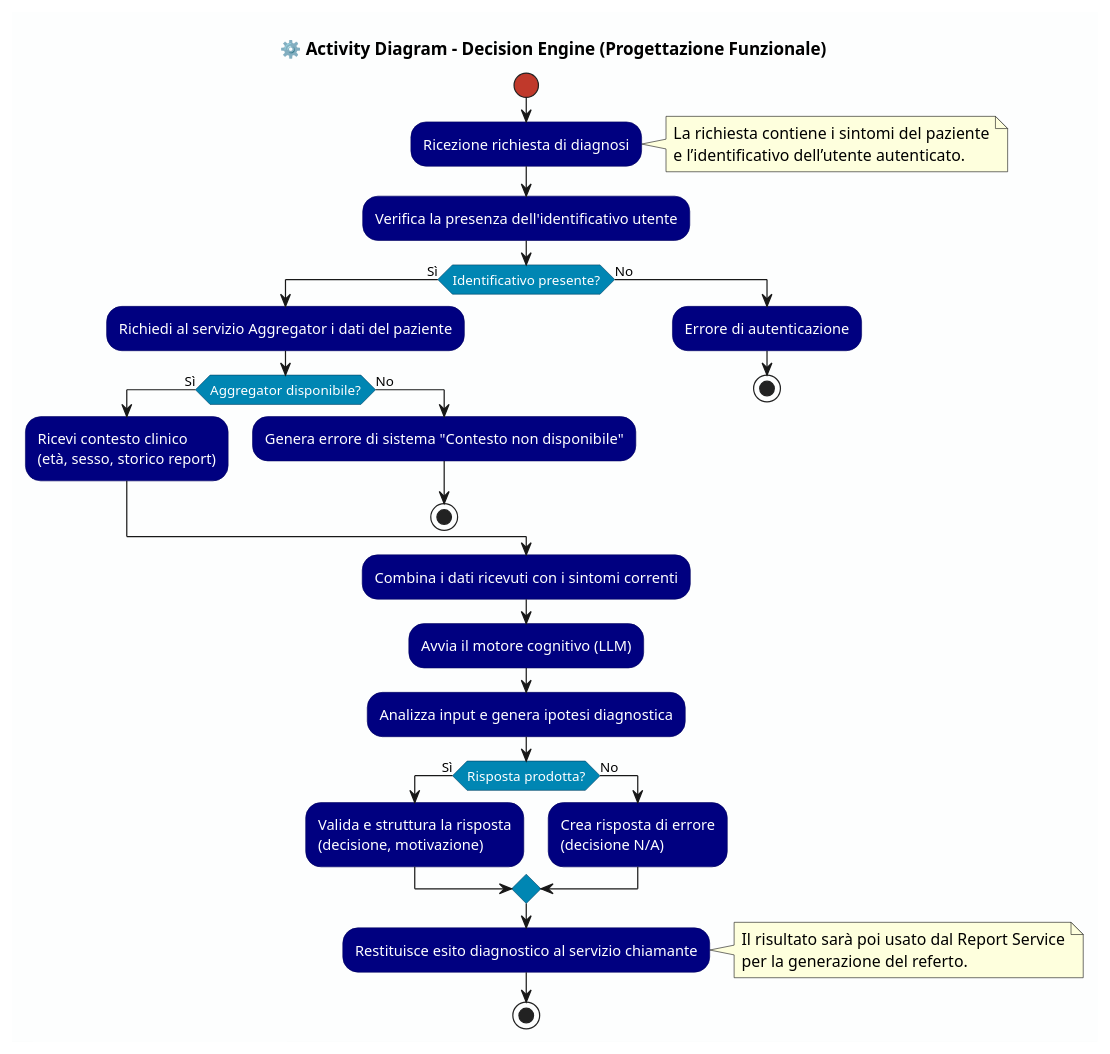
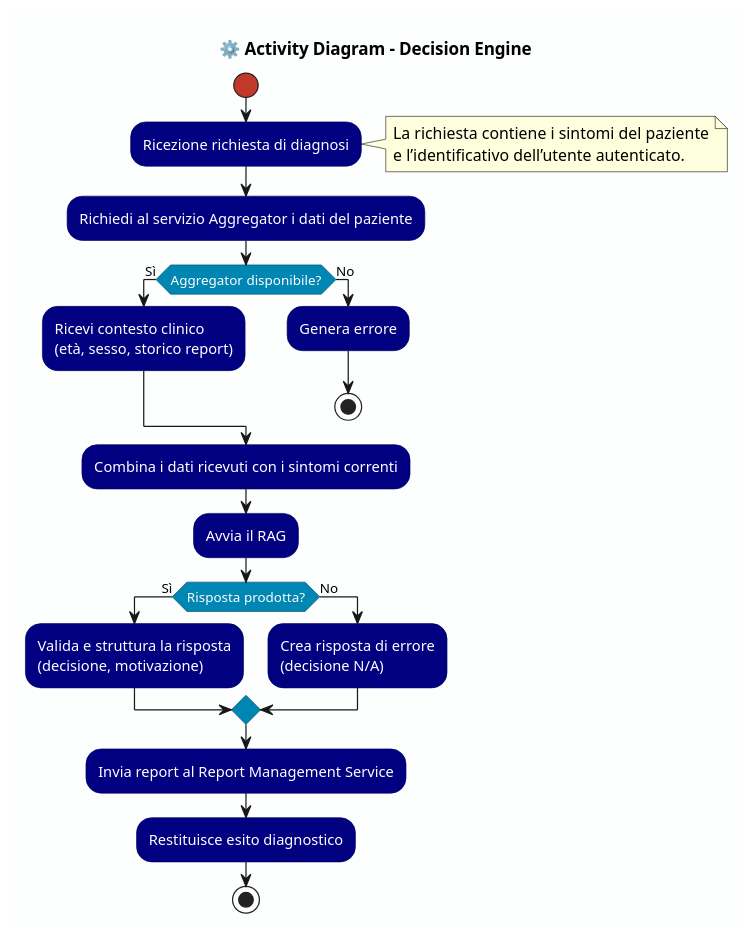
One commit to simodf7/HealthGate changed the diagram in documentation/diagrammi/activity_diagram_DECISION.puml. Above: the diagram before and after it, drawn with PlantUML. The commit also changed 29 other files, not shown here.

```diff
--- a/documentation/diagrammi/activity_diagram_DECISION.puml
+++ b/documentation/diagrammi/activity_diagram_DECISION.puml
@@ -1,54 +1,46 @@
 @startuml activity_diagram_DECISION
-title ⚙️ Activity Diagram - Decision Engine (Progettazione Funzionale)
+title ⚙️ Activity Diagram - Decision Engine
 
 skinparam backgroundColor #FDFEFE
 skinparam activity {
   BackgroundColor #000080
   BorderColor #000060
   FontColor white
   DiamondBackgroundColor #0086b3
   DiamondBorderColor #004466
   StartColor #C0392B
   EndColor #C0392B
 }
 
 start
 
 :Ricezione richiesta di diagnosi;
 note right
 La richiesta contiene i sintomi del paziente
 e l’identificativo dell’utente autenticato.
 end note
 
-:Verifica la presenza dell'identificativo utente;
-if (Identificativo presente?) then (Sì)
-  :Richiedi al servizio Aggregator i dati del paziente;
+:Richiedi al servizio Aggregator i dati del paziente;
   if (Aggregator disponibile?) then (Sì)
     :Ricevi contesto clinico\n(età, sesso, storico report);
   else (No)
-    :Genera errore di sistema "Contesto non disponibile";
+    :Genera errore;
     stop
   endif
-else (No)
-  :Errore di autenticazione;
-  stop
-endif
+
 
 :Combina i dati ricevuti con i sintomi correnti;
-:Avvia il motore cognitivo (LLM);
-:Analizza input e genera ipotesi diagnostica;
+:Avvia il RAG;
 
 if (Risposta prodotta?) then (Sì)
   :Valida e struttura la risposta\n(decisione, motivazione);
+  
 else (No)
   :Crea risposta di errore\n(decisione N/A);
 endif
 
-:Restituisce esito diagnostico al servizio chiamante;
-note right
-Il risultato sarà poi usato dal Report Service
-per la generazione del referto.
-end note
+:Invia report al Report Management Service;
+:Restituisce esito diagnostico;
 
 stop
 @enduml
```
